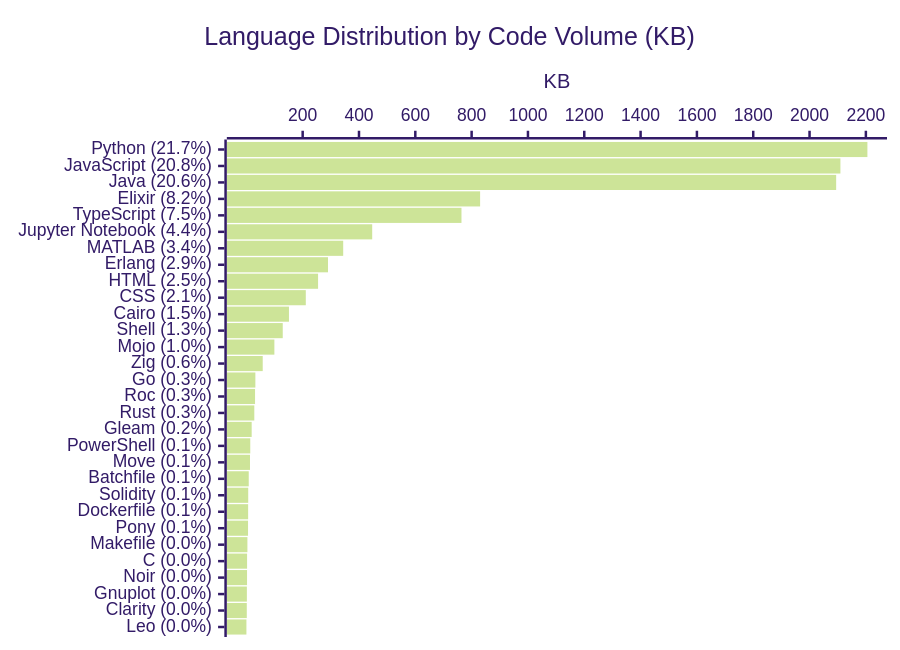
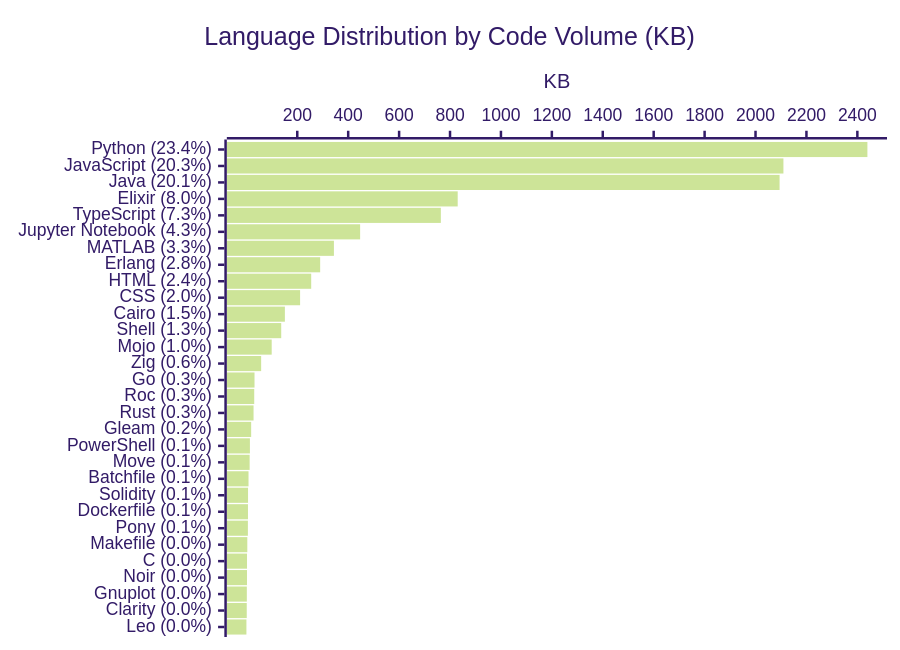
Before and after one commit to KathiraveluLab/.github: the diagram in profile/README.md, drawn with Mermaid (forest theme). The commit also changed other lines of this file and 1 other file, not shown here.

````diff
--- a/profile/README.md
+++ b/profile/README.md
@@ -75,7 +75,7 @@
 ```mermaid
 xychart-beta horizontal
     title "Language Distribution by Code Volume (KB)"
-    x-axis ["Python (21.7%)", "JavaScript (20.8%)", "Java (20.6%)", "Elixir (8.2%)", "TypeScript (7.5%)", "Jupyter Notebook (4.4%)", "MATLAB (3.4%)", "Erlang (2.9%)", "HTML (2.5%)", "CSS (2.1%)", "Cairo (1.5%)", "Shell (1.3%)", "Mojo (1.0%)", "Zig (0.6%)", "Go (0.3%)", "Roc (0.3%)", "Rust (0.3%)", "Gleam (0.2%)", "PowerShell (0.1%)", "Move (0.1%)", "Batchfile (0.1%)", "Solidity (0.1%)", "Dockerfile (0.1%)", "Pony (0.1%)", "Makefile (0.0%)", "C (0.0%)", "Noir (0.0%)", "Gnuplot (0.0%)", "Clarity (0.0%)", "Leo (0.0%)"]
+    x-axis ["Python (23.4%)", "JavaScript (20.3%)", "Java (20.1%)", "Elixir (8.0%)", "TypeScript (7.3%)", "Jupyter Notebook (4.3%)", "MATLAB (3.3%)", "Erlang (2.8%)", "HTML (2.4%)", "CSS (2.0%)", "Cairo (1.5%)", "Shell (1.3%)", "Mojo (1.0%)", "Zig (0.6%)", "Go (0.3%)", "Roc (0.3%)", "Rust (0.3%)", "Gleam (0.2%)", "PowerShell (0.1%)", "Move (0.1%)", "Batchfile (0.1%)", "Solidity (0.1%)", "Dockerfile (0.1%)", "Pony (0.1%)", "Makefile (0.0%)", "C (0.0%)", "Noir (0.0%)", "Gnuplot (0.0%)", "Clarity (0.0%)", "Leo (0.0%)"]
     y-axis "KB"
-    bar [2205.44, 2109.61, 2094.5, 830.13, 763.94, 446.91, 343.93, 289.93, 254.7, 211.09, 151.31, 129.25, 99.52, 58.12, 32.03, 30.88, 28.25, 18.9, 13.91, 12.89, 8.48, 6.65, 6.34, 6.01, 3.74, 2.58, 2.46, 1.82, 1.53, 0.26]
+    bar [2439.46, 2109.61, 2094.5, 830.13, 763.94, 446.91, 343.93, 289.93, 254.7, 211.09, 151.31, 136.96, 99.52, 58.12, 32.03, 30.88, 28.25, 18.9, 13.91, 12.89, 8.48, 6.65, 6.34, 6.01, 3.74, 2.58, 2.46, 1.82, 1.53, 0.26]
 ```
````
